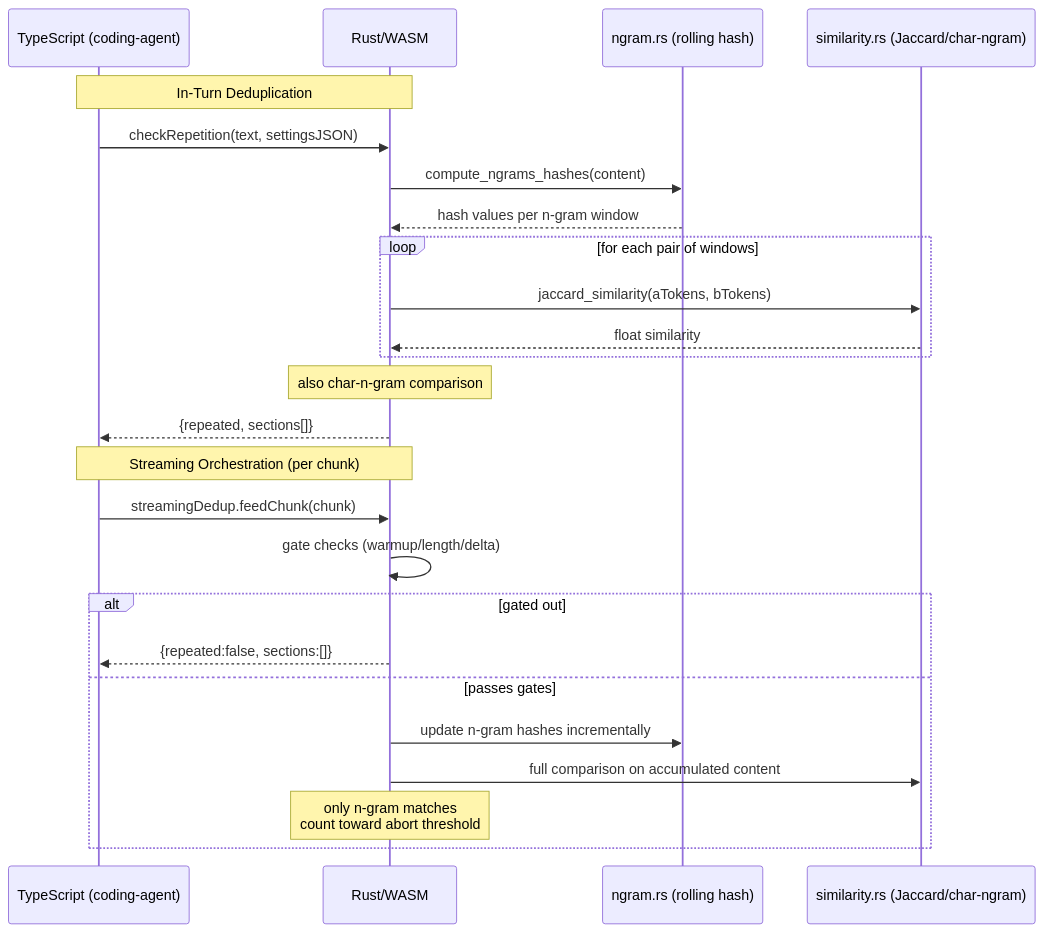
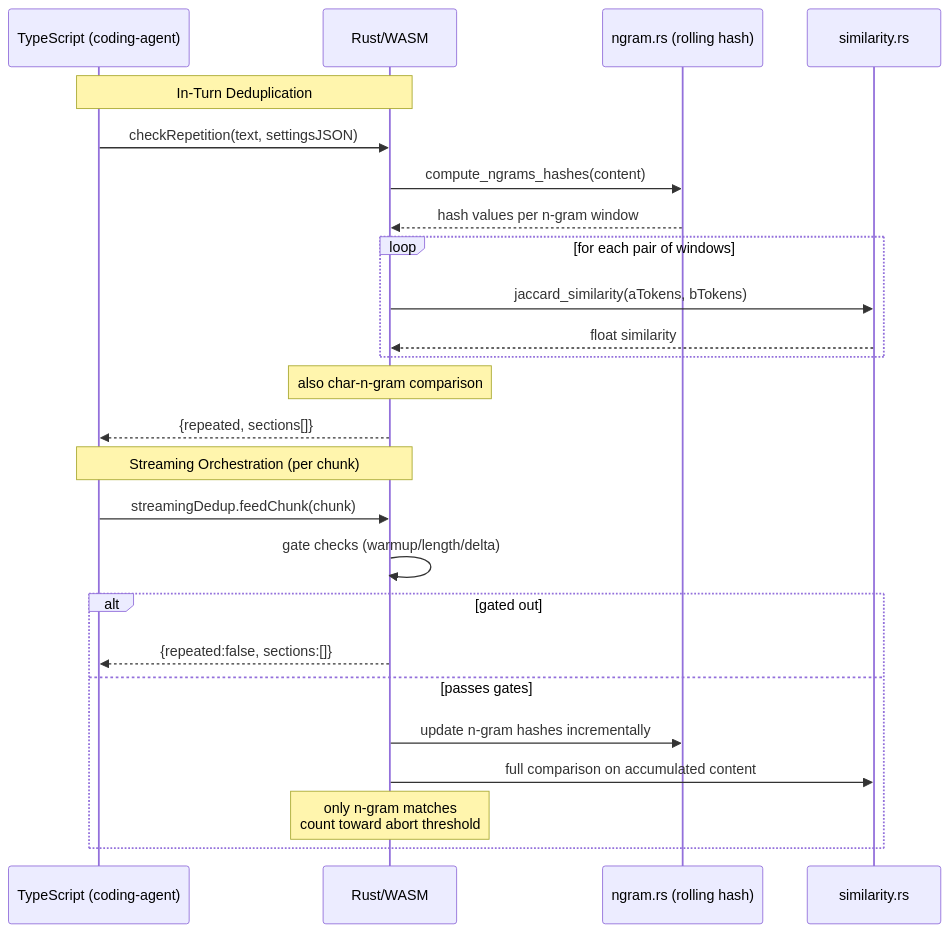
One commit to entropy-tamer/dedup changed the fifth of 5 diagrams in ARCHITECTURE.md. Above: the diagram before and after it, drawn with Mermaid. The commit also changed other lines of this file, not shown here.

Commit message:
Mermaid fix

````diff
--- a/ARCHITECTURE.md
+++ b/ARCHITECTURE.md
@@ -206,30 +182,30 @@
 ```mermaid
 sequenceDiagram
     participant TS as TypeScript (coding-agent)
     participant WASM as Rust/WASM
     participant Ngram as ngram.rs (rolling hash)
-    participant Sim as similarity.rs (Jaccard/char-ngram)
+    participant Sim as similarity.rs
 
     Note over TS,WASM: In-Turn Deduplication
     TS->>WASM: checkRepetition(text, settingsJSON)
     WASM->>Ngram: compute_ngrams_hashes(content)
     Ngram-->>WASM: hash values per n-gram window
     loop for each pair of windows
         WASM->>Sim: jaccard_similarity(aTokens, bTokens)
         Sim-->>WASM: float similarity
     end
     Note over WASM: also char-n-gram comparison
     WASM-->>TS: {repeated, sections[]}
 
     Note over TS,WASM: Streaming Orchestration (per chunk)
     TS->>WASM: streamingDedup.feedChunk(chunk)
     WASM->>WASM: gate checks (warmup/length/delta)
     alt gated out
         WASM-->>TS: {repeated:false, sections:[]}
     else passes gates
         WASM->>Ngram: update n-gram hashes incrementally
         WASM->>Sim: full comparison on accumulated content
         Note over WASM: only n-gram matches<br/>count toward abort threshold
     end
 
 ```
````
